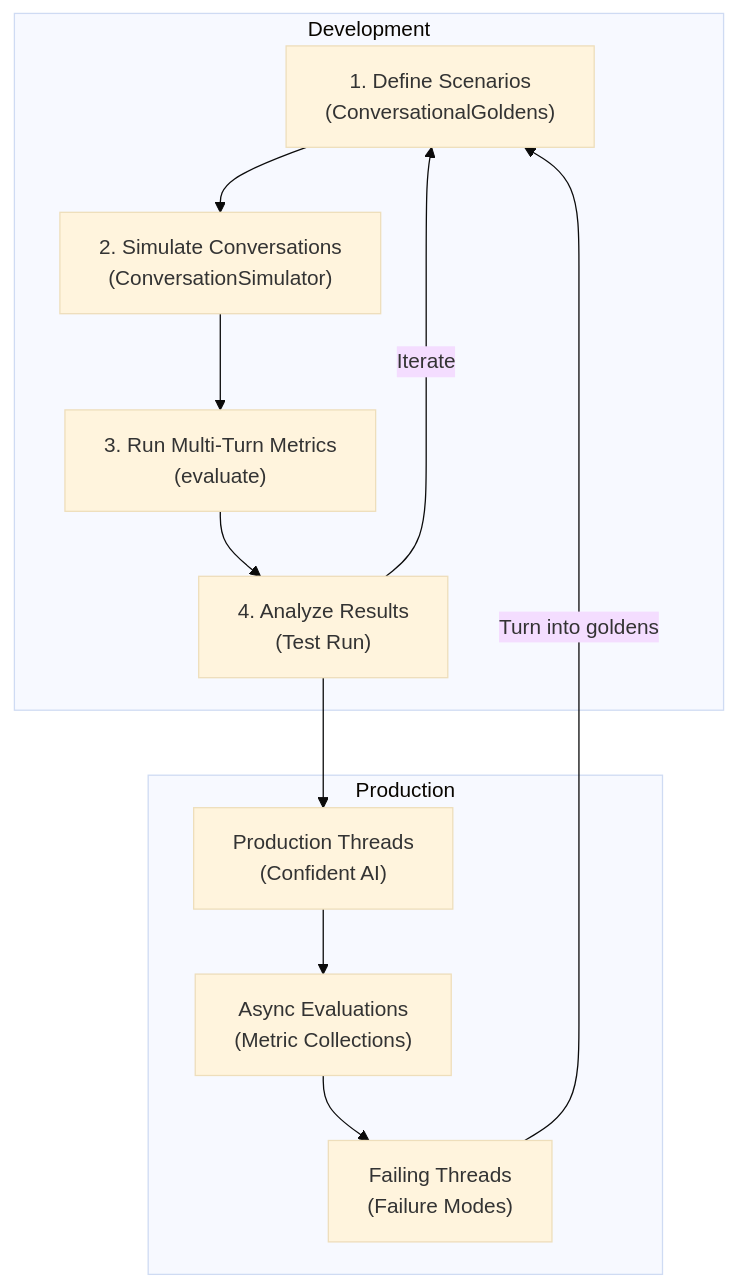
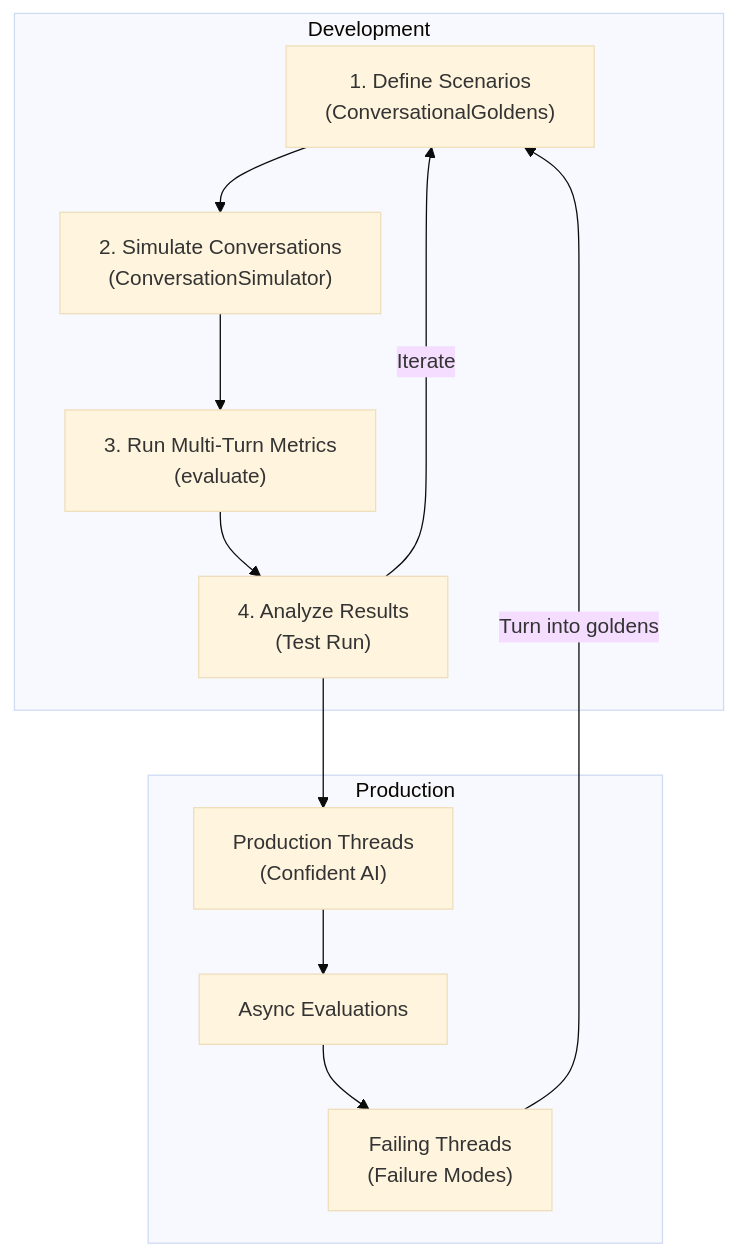
Before and after one commit to confident-ai/deepeval: the third of 6 diagrams in docs/content/guides/guides-multi-turn-evaluation.mdx, drawn with Mermaid (base theme). The commit also changed other lines of this file and 22 other files, not shown here.

````diff
--- a/docs/content/guides/guides-multi-turn-evaluation.mdx
+++ b/docs/content/guides/guides-multi-turn-evaluation.mdx
@@ -97,15 +97,15 @@
 ```mermaid
 flowchart TD
     subgraph Development["Development"]
         A["1. Define Scenarios\n(ConversationalGoldens)"] --> B["2. Simulate Conversations\n(ConversationSimulator)"]
         B --> C["3. Run Multi-Turn Metrics\n(evaluate)"]
         C --> D["4. Analyze Results\n(Test Run)"]
         D -->|Iterate| A
     end
     subgraph Production["Production"]
-        E["Production Threads\n(Confident AI)"] --> F["Async Evaluations\n(Metric Collections)"]
+        E["Production Threads\n(Confident AI)"] --> F["Async Evaluations"]
         F --> G["Failing Threads\n(Failure Modes)"]
         G -->|"Turn into goldens"| A
     end
     D --> E
 ```
````
